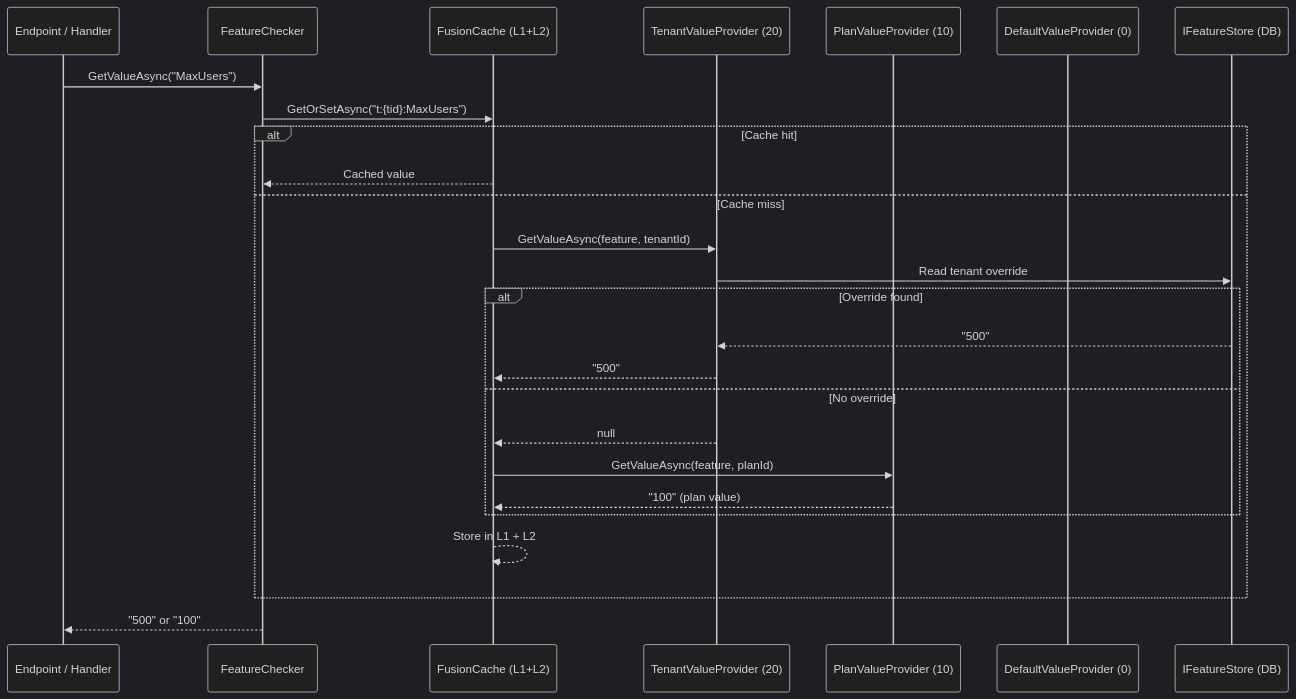
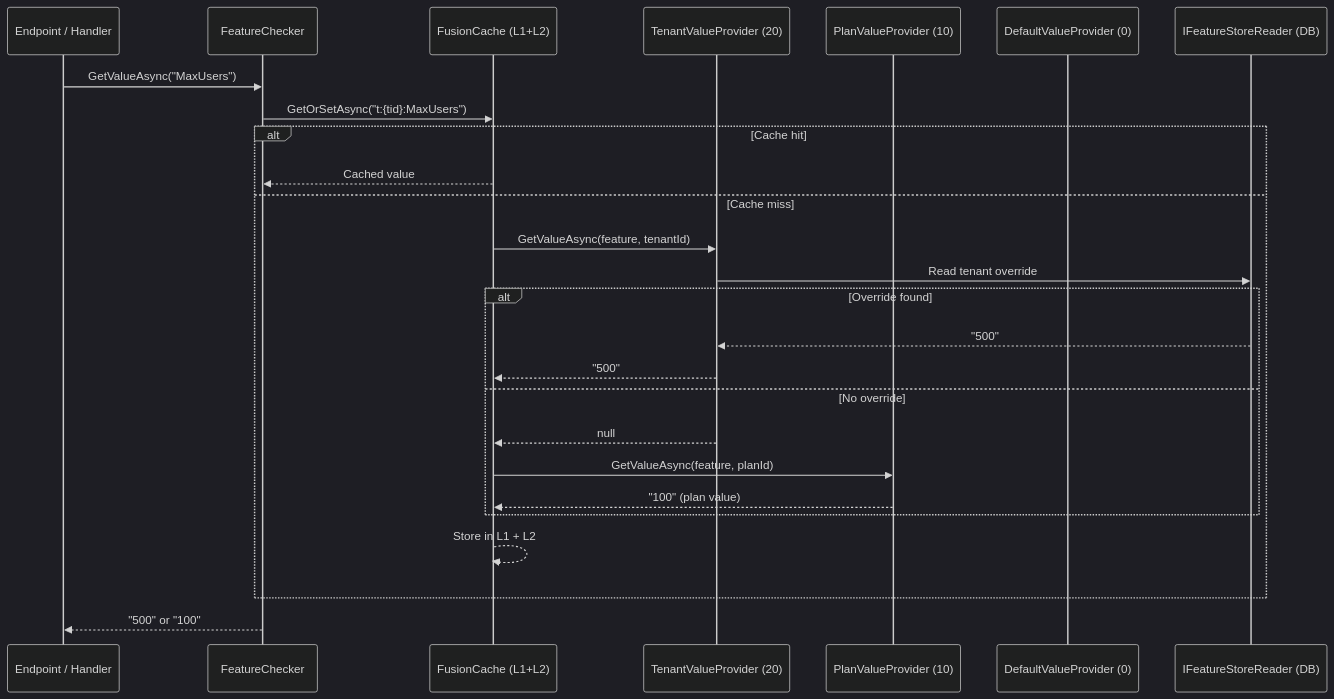
Before and after one commit to granit-fx/granit-docs: the diagram in src/content/docs/dotnet/architecture/patterns/feature-flags.md, drawn with Mermaid (dark theme). The commit also changed other lines of this file and 40 other files, not shown here.

First line of the commit message:
fix(docs): fix uncompilable calls, diagram types and dead source links

````diff
--- a/src/content/docs/dotnet/architecture/patterns/feature-flags.md
+++ b/src/content/docs/dotnet/architecture/patterns/feature-flags.md
@@ -32,29 +32,29 @@
 ```mermaid
 sequenceDiagram
     participant API as Endpoint / Handler
     participant FC as FeatureChecker
     participant HC as FusionCache (L1+L2)
     participant TVP as TenantValueProvider (20)
     participant PVP as PlanValueProvider (10)
     participant DVP as DefaultValueProvider (0)
-    participant FS as IFeatureStore (DB)
+    participant FS as IFeatureStoreReader (DB)
 
     API->>FC: GetValueAsync("MaxUsers")
     FC->>HC: GetOrSetAsync("t:{tid}:MaxUsers")
     alt Cache hit
         HC-->>FC: Cached value
     else Cache miss
         HC->>TVP: GetValueAsync(feature, tenantId)
         TVP->>FS: Read tenant override
         alt Override found
             FS-->>TVP: "500"
             TVP-->>HC: "500"
         else No override
             TVP-->>HC: null
             HC->>PVP: GetValueAsync(feature, planId)
             PVP-->>HC: "100" (plan value)
         end
         HC-->>HC: Store in L1 + L2
     end
     FC-->>API: "500" or "100"
 ```
````
